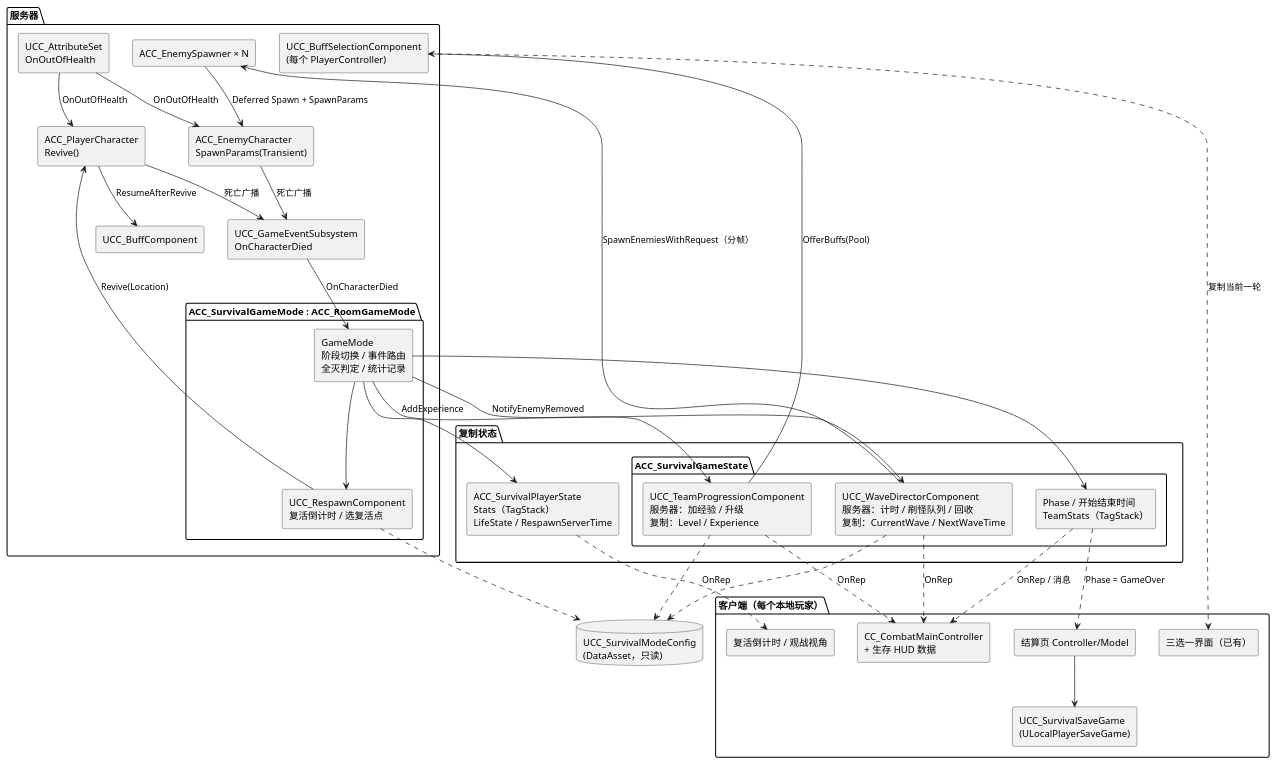
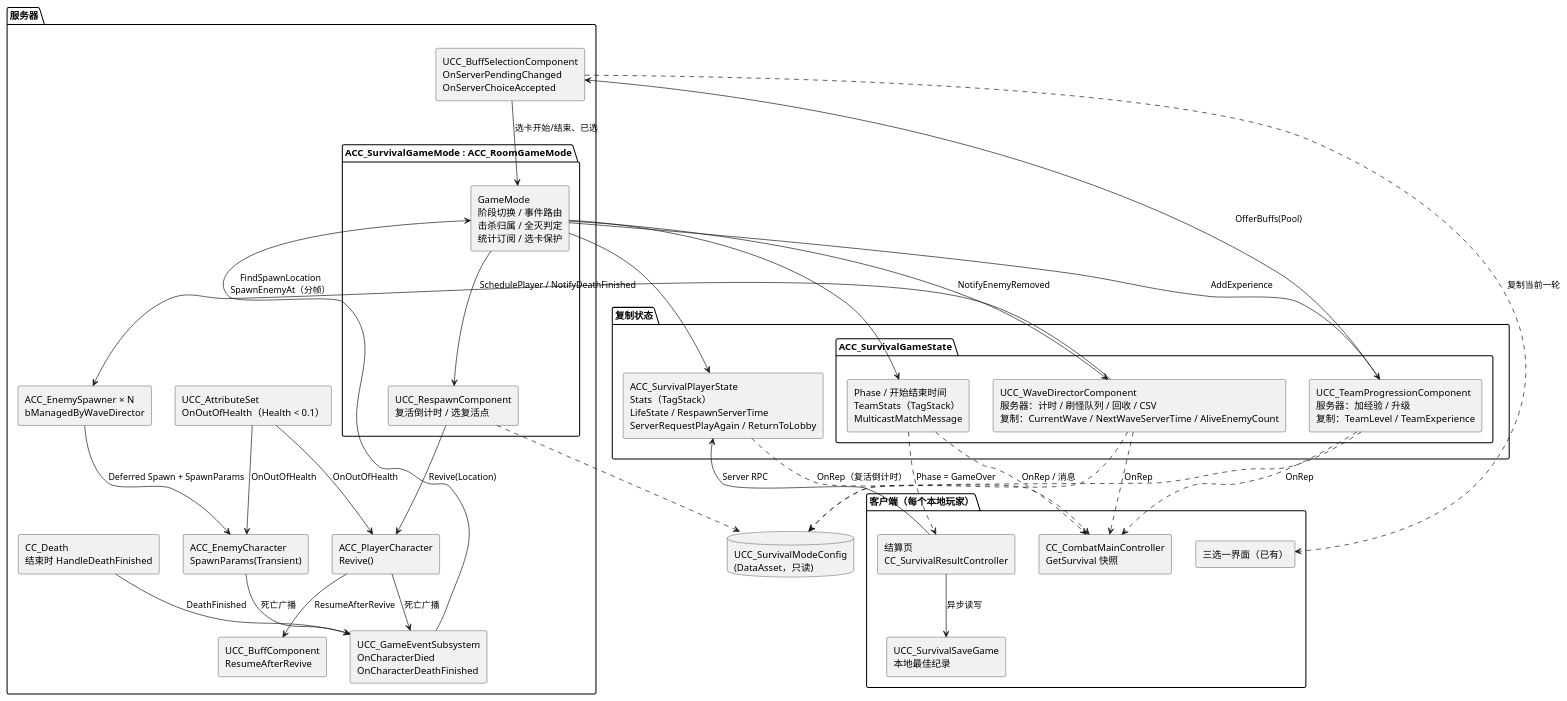
Before and after one commit to peng984251536/GAS_Demo: the second of 11 diagrams in Docs/SurvivalMode.zh-CN.md, drawn with PlantUML. The commit also changed other lines of this file and 141 other files, not shown here.

````diff
--- a/Docs/SurvivalMode.zh-CN.md
+++ b/Docs/SurvivalMode.zh-CN.md
@@ -114,67 +132,70 @@
 ```plantuml
 @startuml 生存模式总体架构
 skinparam componentStyle rectangle
 skinparam shadowing false
 skinparam defaultFontName "Microsoft YaHei"
 
 package "服务器" {
   package "ACC_SurvivalGameMode : ACC_RoomGameMode" {
-    [GameMode\n阶段切换 / 事件路由\n全灭判定 / 统计记录] as GM
+    [GameMode\n阶段切换 / 事件路由\n击杀归属 / 全灭判定\n统计订阅 / 选卡保护] as GM
     [UCC_RespawnComponent\n复活倒计时 / 选复活点] as RC
   }
-  [UCC_GameEventSubsystem\nOnCharacterDied] as GES
-  [ACC_EnemySpawner × N] as SP
+  [UCC_GameEventSubsystem\nOnCharacterDied\nOnCharacterDeathFinished] as GES
+  [ACC_EnemySpawner × N\nbManagedByWaveDirector] as SP
   [ACC_EnemyCharacter\nSpawnParams(Transient)] as EN
   [ACC_PlayerCharacter\nRevive()] as PC
-  [UCC_AttributeSet\nOnOutOfHealth] as AS
-  [UCC_BuffSelectionComponent\n(每个 PlayerController)] as BS
-  [UCC_BuffComponent] as BC
+  [UCC_AttributeSet\nOnOutOfHealth（Health < 0.1）] as AS
+  [CC_Death\n结束时 HandleDeathFinished] as DA
+  [UCC_BuffSelectionComponent\nOnServerPendingChanged\nOnServerChoiceAccepted] as BS
+  [UCC_BuffComponent\nResumeAfterRevive] as BC
 }
 
 package "复制状态" {
   package "ACC_SurvivalGameState" {
-    [Phase / 开始结束时间\nTeamStats（TagStack）] as GS
-    [UCC_WaveDirectorComponent\n服务器：计时 / 刷怪队列 / 回收\n复制：CurrentWave / NextWaveTime] as WD
-    [UCC_TeamProgressionComponent\n服务器：加经验 / 升级\n复制：Level / Experience] as TP
+    [Phase / 开始结束时间\nTeamStats（TagStack）\nMulticastMatchMessage] as GS
+    [UCC_WaveDirectorComponent\n服务器：计时 / 刷怪队列 / 回收 / CSV\n复制：CurrentWave / NextWaveServerTime / AliveEnemyCount] as WD
+    [UCC_TeamProgressionComponent\n服务器：加经验 / 升级\n复制：TeamLevel / TeamExperience] as TP
   }
-  [ACC_SurvivalPlayerState\nStats（TagStack）\nLifeState / RespawnServerTime] as PS
+  [ACC_SurvivalPlayerState\nStats（TagStack）\nLifeState / RespawnServerTime\nServerRequestPlayAgain / ReturnToLobby] as PS
 }
 
 package "客户端（每个本地玩家）" {
-  [CC_CombatMainController\n+ 生存 HUD 数据] as HUD
-  [复活倒计时 / 观战视角] as RUI
-  [结算页 Controller/Model] as RES
-  [UCC_SurvivalSaveGame\n(ULocalPlayerSaveGame)] as SAVE
+  [CC_CombatMainController\nGetSurvival 快照] as HUD
+  [结算页\nCC_SurvivalResultController] as RES
+  [UCC_SurvivalSaveGame\n本地最佳纪录] as SAVE
   [三选一界面（已有）] as SEL
 }
 
 database "UCC_SurvivalModeConfig\n(DataAsset，只读)" as CFG
 
 AS --> EN : OnOutOfHealth
 AS --> PC : OnOutOfHealth
 EN --> GES : 死亡广播
 PC --> GES : 死亡广播
-GES --> GM : OnCharacterDied
+DA --> GES : DeathFinished
+GES --> GM
 GM --> WD : NotifyEnemyRemoved
 GM --> TP : AddExperience
-GM --> RC
+GM --> RC : SchedulePlayer / NotifyDeathFinished
 GM --> GS
 GM --> PS
-WD --> SP : SpawnEnemiesWithRequest（分帧）
+BS --> GM : 选卡开始/结束、已选
+WD --> SP : FindSpawnLocation\nSpawnEnemyAt（分帧）
 SP --> EN : Deferred Spawn + SpawnParams
 TP --> BS : OfferBuffs(Pool)
 RC --> PC : Revive(Location)
 PC --> BC : ResumeAfterRevive
 WD ..> CFG
 TP ..> CFG
 RC ..> CFG
 
 GS ..> HUD : OnRep / 消息
 WD ..> HUD : OnRep
 TP ..> HUD : OnRep
-PS ..> RUI : OnRep
+PS ..> HUD : OnRep（复活倒计时）
 GS ..> RES : Phase = GameOver
-RES --> SAVE
+RES --> SAVE : 异步读写
+RES --> PS : Server RPC
 BS ..> SEL : 复制当前一轮
 @enduml
 ```
````
